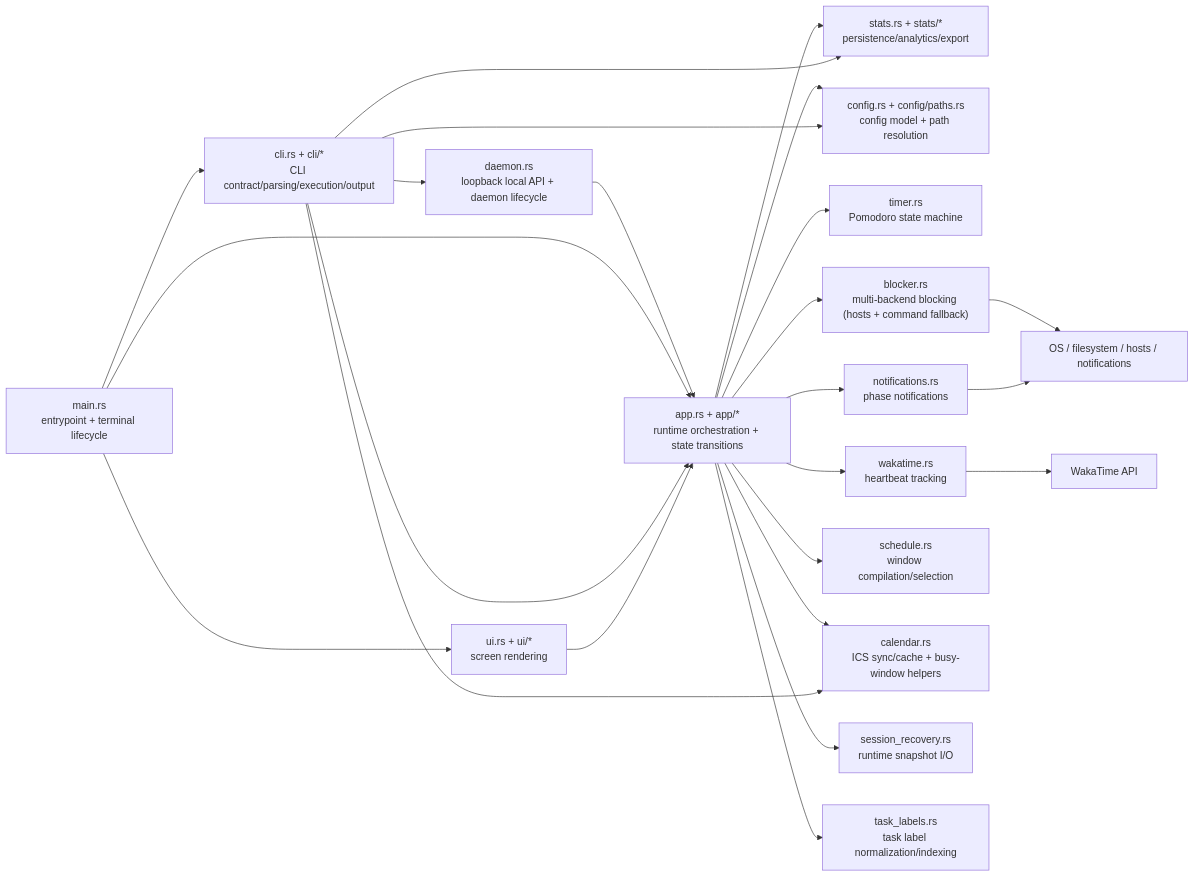
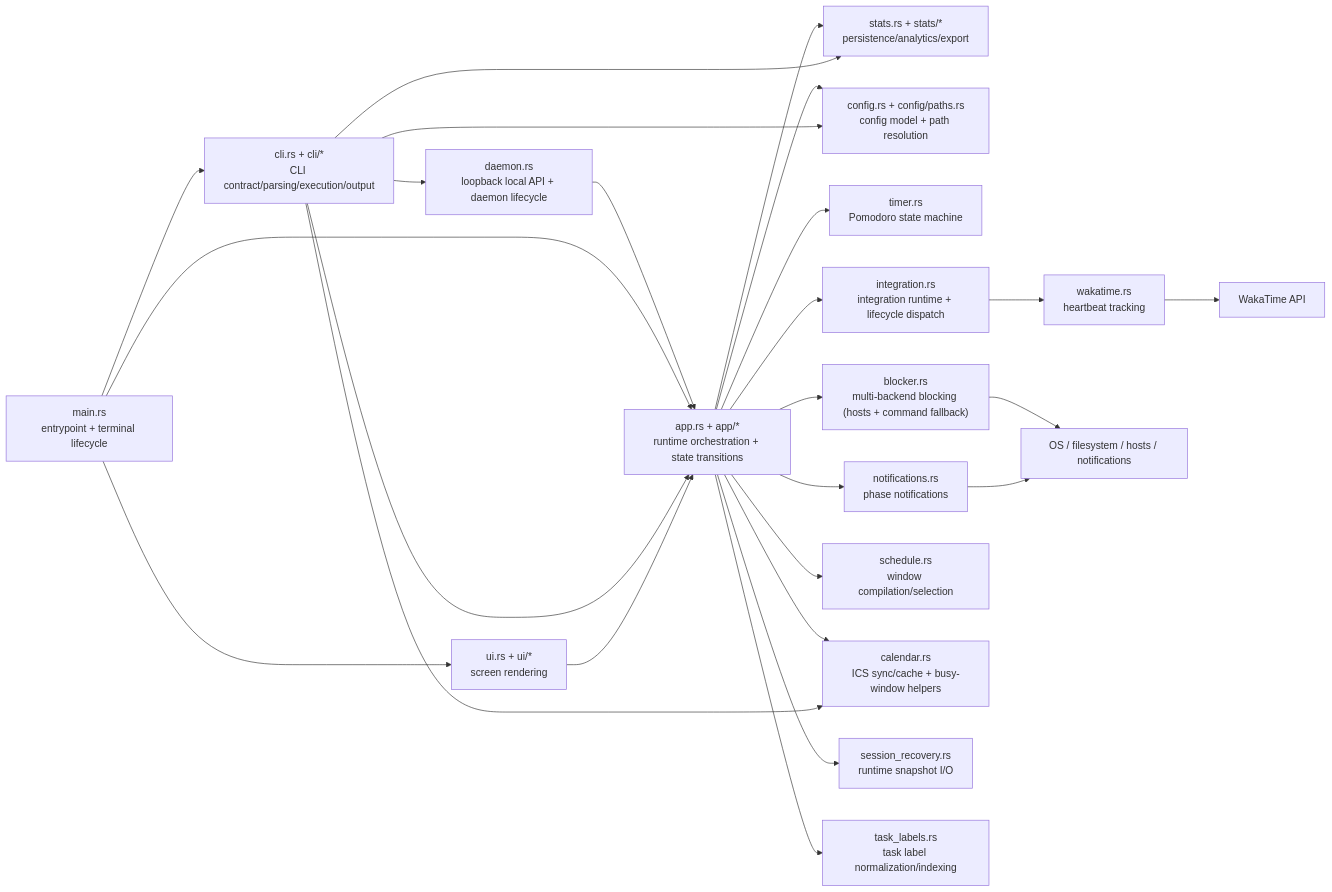
One commit to utilForever/focustime changed the first of 2 diagrams in ARCHITECTURE.md. Above: the diagram before and after it, drawn with Mermaid. The commit also changed other lines of this file and 1 other file, not shown here.

First line of the commit message:
docs: document integration framework foundation

````diff
--- a/ARCHITECTURE.md
+++ b/ARCHITECTURE.md
@@ -10,44 +10,46 @@
 ```mermaid
 flowchart LR
     M["main.rs<br/>entrypoint + terminal lifecycle"]
     CLI["cli.rs + cli/*<br/>CLI contract/parsing/execution/output"]
     DAE["daemon.rs<br/>loopback local API + daemon lifecycle"]
     APP["app.rs + app/*<br/>runtime orchestration + state transitions"]
     UI["ui.rs + ui/*<br/>screen rendering"]
     ST["stats.rs + stats/*<br/>persistence/analytics/export"]
     CFG["config.rs + config/paths.rs<br/>config model + path resolution"]
     TM["timer.rs<br/>Pomodoro state machine"]
     BL["blocker.rs<br/>multi-backend blocking (hosts + command fallback)"]
+    IG["integration.rs<br/>integration runtime + lifecycle dispatch"]
     WK["wakatime.rs<br/>heartbeat tracking"]
     NT["notifications.rs<br/>phase notifications"]
     SCH["schedule.rs<br/>window compilation/selection"]
     CAL["calendar.rs<br/>ICS sync/cache + busy-window helpers"]
     REC["session_recovery.rs<br/>runtime snapshot I/O"]
     TL["task_labels.rs<br/>task label normalization/indexing"]
     OS["OS / filesystem / hosts / notifications"]
     API["WakaTime API"]
 
     M --> CLI
     CLI --> DAE
     DAE --> APP
     M --> APP
     M --> UI
     APP --> CFG
     APP --> TM
     APP --> BL
-    APP --> WK
+    APP --> IG
+    IG --> WK
     APP --> NT
     APP --> SCH
     APP --> CAL
     APP --> ST
     APP --> TL
     APP --> REC
     CLI --> APP
     CLI --> CFG
     CLI --> CAL
     CLI --> ST
     UI --> APP
     BL --> OS
     NT --> OS
     WK --> API
 ```
````
